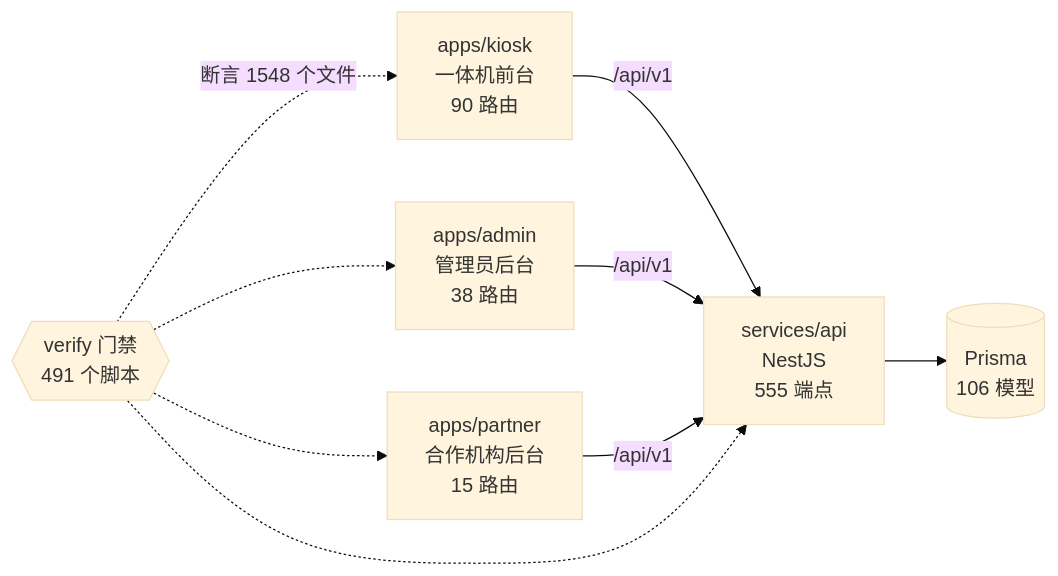
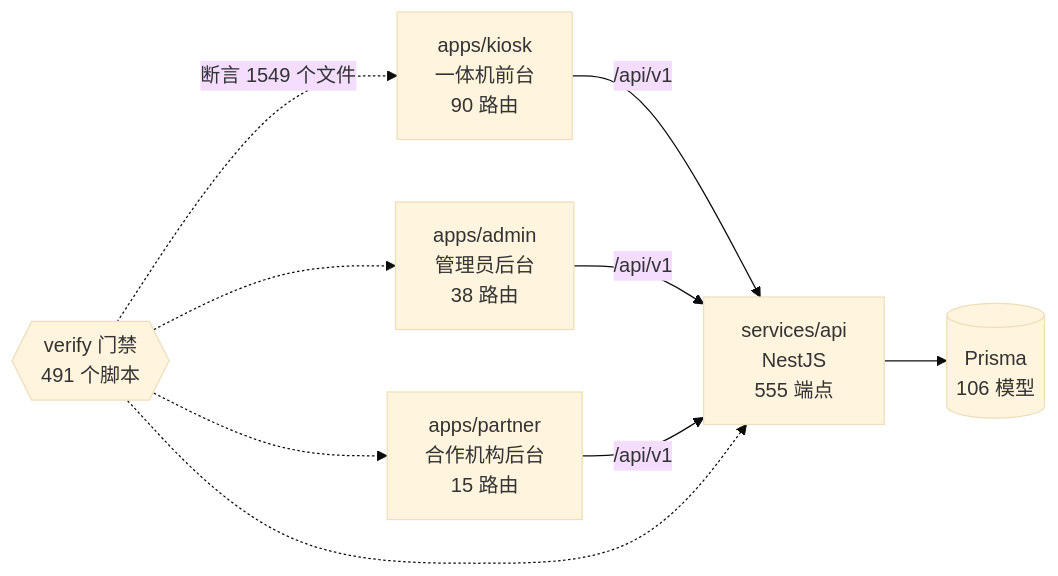
Before and after one commit to wanglei581/YITIJI: the diagram in docs/graph/README.md, drawn with Mermaid (base theme). The commit also changed other lines of this file and 2 other files, not shown here.

Commit message:
docs(graph): regenerate after merging the W1 kiosk and TRTC fixes

````diff
--- a/docs/graph/README.md
+++ b/docs/graph/README.md
@@ -68,18 +68,18 @@
 ```mermaid
 flowchart LR
   kiosk["apps/kiosk<br/>一体机前台<br/>90 路由"]
   admin["apps/admin<br/>管理员后台<br/>38 路由"]
   partner["apps/partner<br/>合作机构后台<br/>15 路由"]
   api["services/api<br/>NestJS<br/>555 端点"]
   db[("Prisma<br/>106 模型")]
   gates{{"verify 门禁<br/>491 个脚本"}}
 
   kiosk -->|"/api/v1"| api
   admin -->|"/api/v1"| api
   partner -->|"/api/v1"| api
   api --> db
-  gates -.->|"断言 1548 个文件"| kiosk
+  gates -.->|"断言 1549 个文件"| kiosk
   gates -.-> admin
   gates -.-> partner
   gates -.-> api
 ```
````
